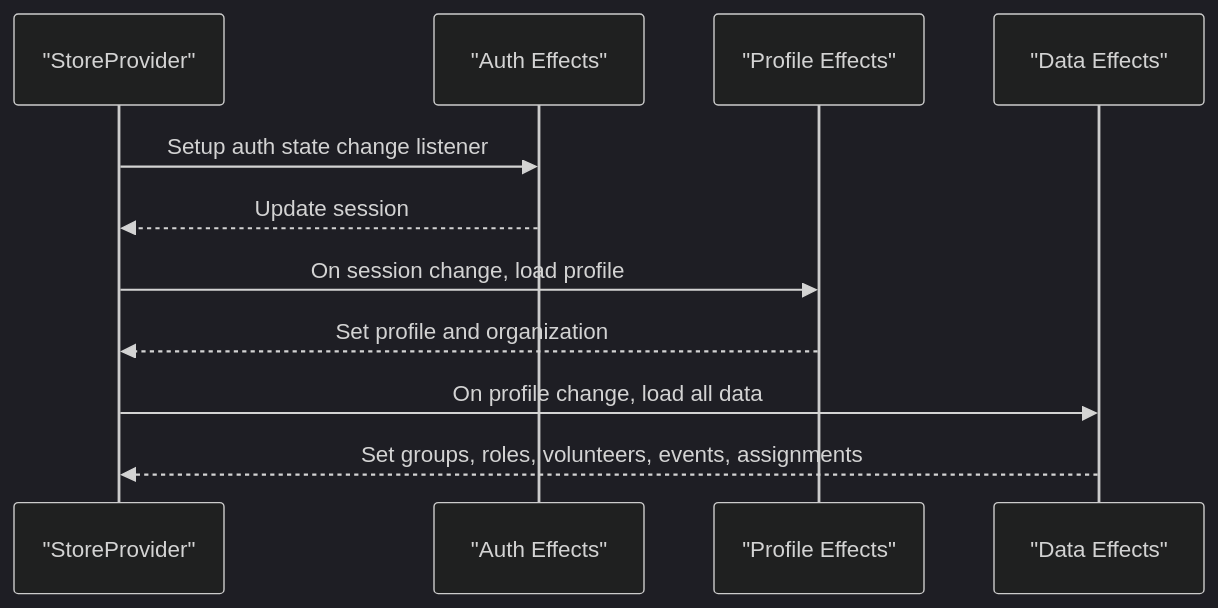
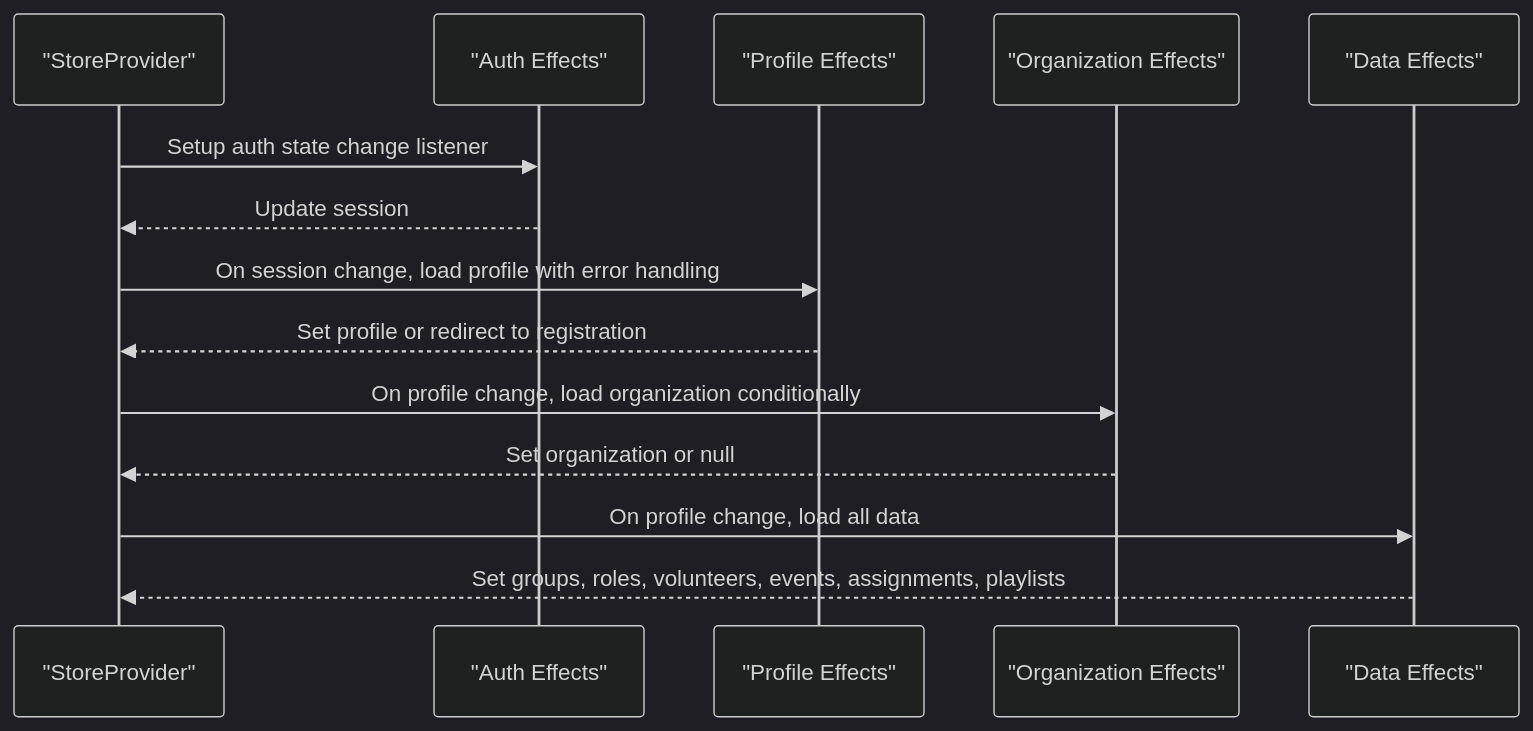
One commit to netdaniel/serveflow changed the sixth of 12 diagrams in .qoder/repowiki/en/content/State Management System/Store Provider Architecture.md. Above: the diagram before and after it, drawn with Mermaid (dark theme). The commit also changed other lines of this file and 12 other files, not shown here.

````diff
--- a/.qoder/repowiki/en/content/State Management System/Store Provider Architecture.md
+++ b/.qoder/repowiki/en/content/State Management System/Store Provider Architecture.md
@@ -254,13 +319,16 @@
 ```mermaid
 sequenceDiagram
 participant Provider as "StoreProvider"
 participant Auth as "Auth Effects"
 participant Profile as "Profile Effects"
+participant Org as "Organization Effects"
 participant Data as "Data Effects"
 Provider->>Auth : Setup auth state change listener
 Auth-->>Provider : Update session
-Provider->>Profile : On session change, load profile
-Profile-->>Provider : Set profile and organization
+Provider->>Profile : On session change, load profile with error handling
+Profile-->>Provider : Set profile or redirect to registration
+Provider->>Org : On profile change, load organization conditionally
+Org-->>Provider : Set organization or null
 Provider->>Data : On profile change, load all data
-Data-->>Provider : Set groups, roles, volunteers, events, assignments
+Data-->>Provider : Set groups, roles, volunteers, events, assignments, playlists
 ```
````
